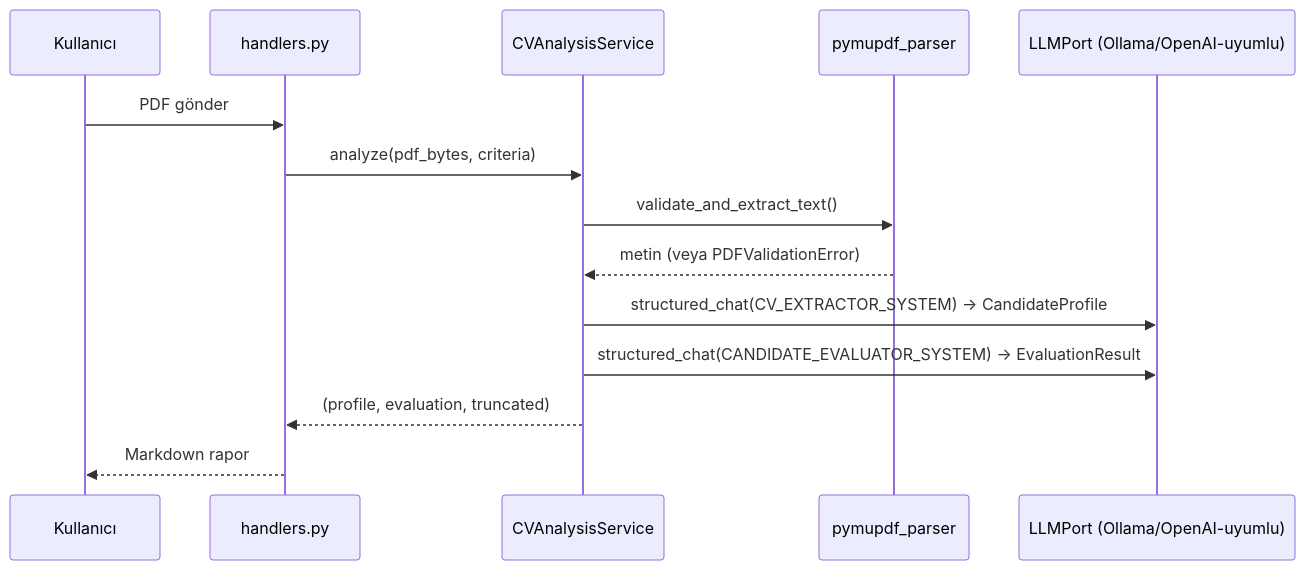
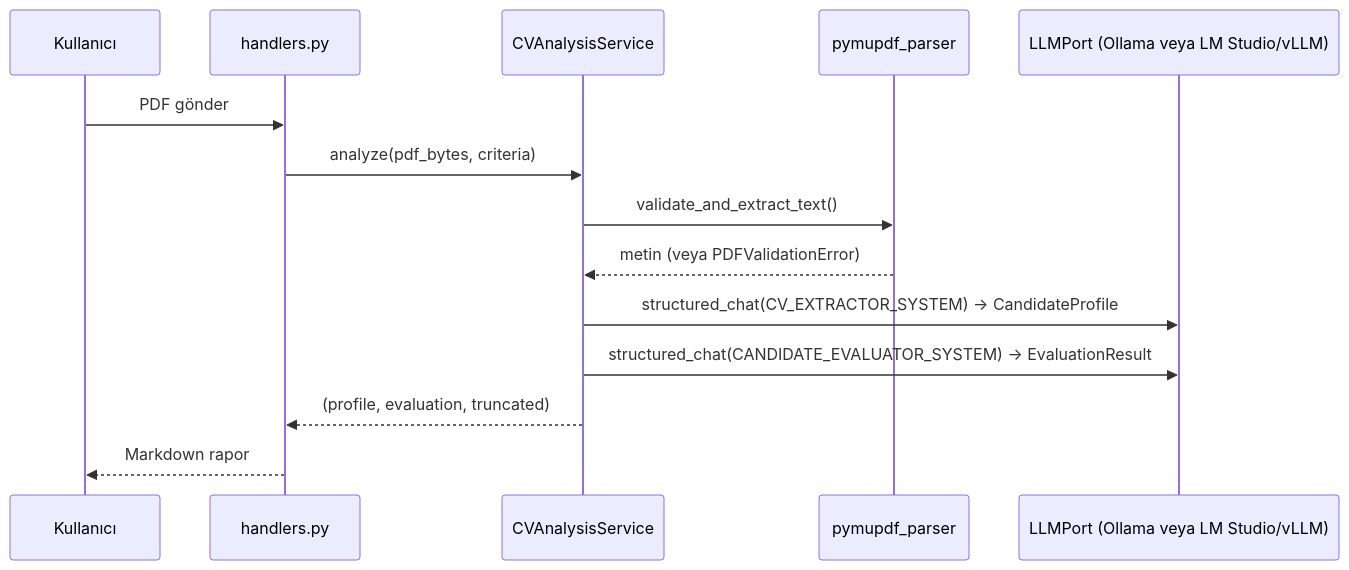
Before and after one commit to semihbugrasezer/sisoft-project: the diagram in docs/ARCHITECTURE.md, drawn with Mermaid. The commit also changed other lines of this file and 3 other files, not shown here.

````diff
--- a/docs/ARCHITECTURE.md
+++ b/docs/ARCHITECTURE.md
@@ -126,17 +126,17 @@
 ```mermaid
 sequenceDiagram
     participant U as Kullanıcı
     participant H as handlers.py
     participant CVS as CVAnalysisService
     participant PDF as pymupdf_parser
-    participant LLM as LLMPort (Ollama/OpenAI-uyumlu)
+    participant LLM as LLMPort (Ollama veya LM Studio/vLLM)
 
     U->>H: PDF gönder
     H->>CVS: analyze(pdf_bytes, criteria)
     CVS->>PDF: validate_and_extract_text()
     PDF-->>CVS: metin (veya PDFValidationError)
     CVS->>LLM: structured_chat(CV_EXTRACTOR_SYSTEM) → CandidateProfile
     CVS->>LLM: structured_chat(CANDIDATE_EVALUATOR_SYSTEM) → EvaluationResult
     CVS-->>H: (profile, evaluation, truncated)
     H-->>U: Markdown rapor
 ```
````
